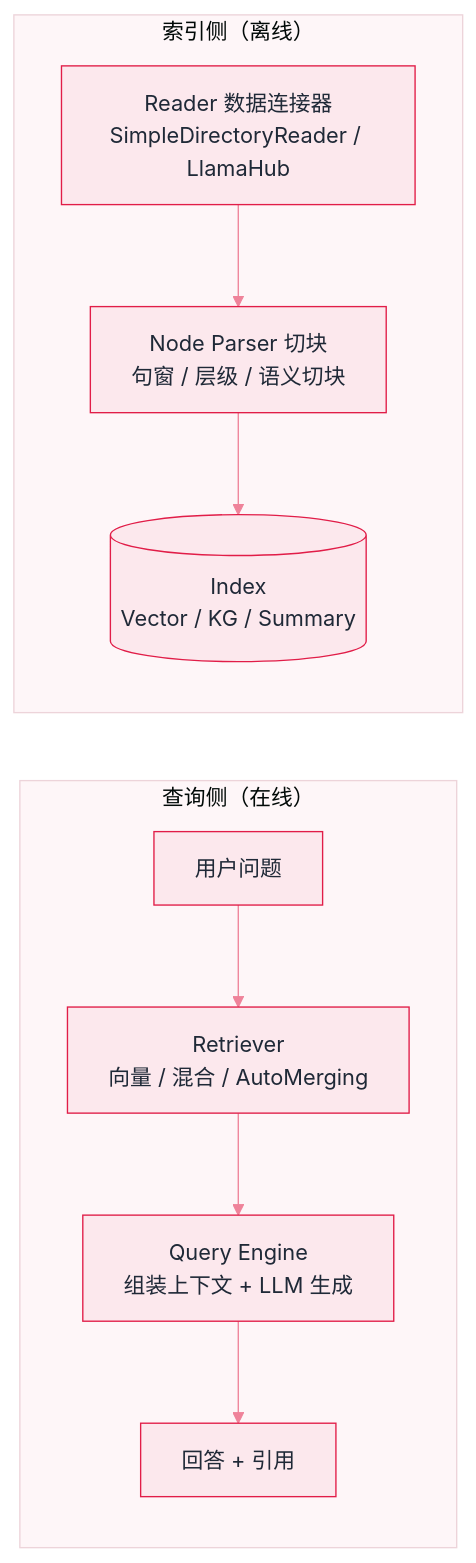
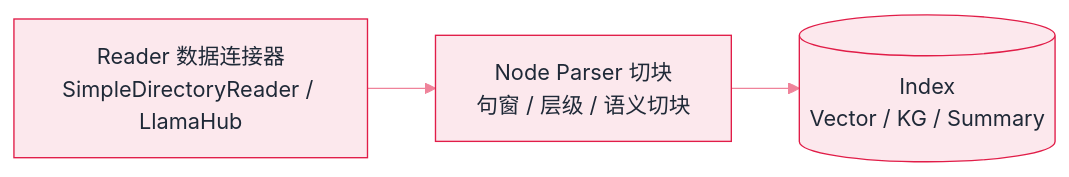
Before and after one commit to funny8kids/ai-agent-handbook: the first of 2 diagrams in docs/09-frameworks/llamaindex.md, drawn with Mermaid. The commit also changed other lines of this file and 39 other files, not shown here.

First line of the commit message:
Round 15: re-measure all diagrams on GitBook's real mermaid version (11.14.0)

````diff
--- a/docs/09-frameworks/llamaindex.md
+++ b/docs/09-frameworks/llamaindex.md
@@ -39,13 +39,6 @@
 ```mermaid
 %%{init: {"theme":"base","themeVariables":{"primaryColor":"#FCE8ED","primaryBorderColor":"#E11D48","primaryTextColor":"#1F2937","secondaryColor":"#F8CDD7","tertiaryColor":"#FEF6F8","lineColor":"#EF839A","actorBkg":"#FDEDF0","actorBorder":"#E11D48","actorTextColor":"#1F2937","signalColor":"#EA617F","noteBkgColor":"#FAD6DE","noteBorderColor":"#E11D48","noteTextColor":"#1F2937","labelBoxBkgColor":"#FCE8ED","labelBoxBorderColor":"#E11D48"}}}%%
 flowchart LR
-  subgraph ON["查询侧（在线）"]
-    Q[用户问题] --> RET["Retriever<br/>向量 / 混合 / AutoMerging"]
-    RET --> SYN["Query Engine<br/>组装上下文 + LLM 生成"]
-    SYN --> ANS["回答 + 引用"]
-  end
-  subgraph OFF["索引侧（离线）"]
-    RD["Reader 数据连接器<br/>SimpleDirectoryReader / LlamaHub"] --> NParser["Node Parser 切块<br/>句窗 / 层级 / 语义切块"]
-    NParser --> IDX[("Index<br/>Vector / KG / Summary")]
-  end
+  RD["Reader 数据连接器<br/>SimpleDirectoryReader / LlamaHub"] --> NParser["Node Parser 切块<br/>句窗 / 层级 / 语义切块"]
+  NParser --> IDX[("Index<br/>Vector / KG / Summary")]
 ```
````
